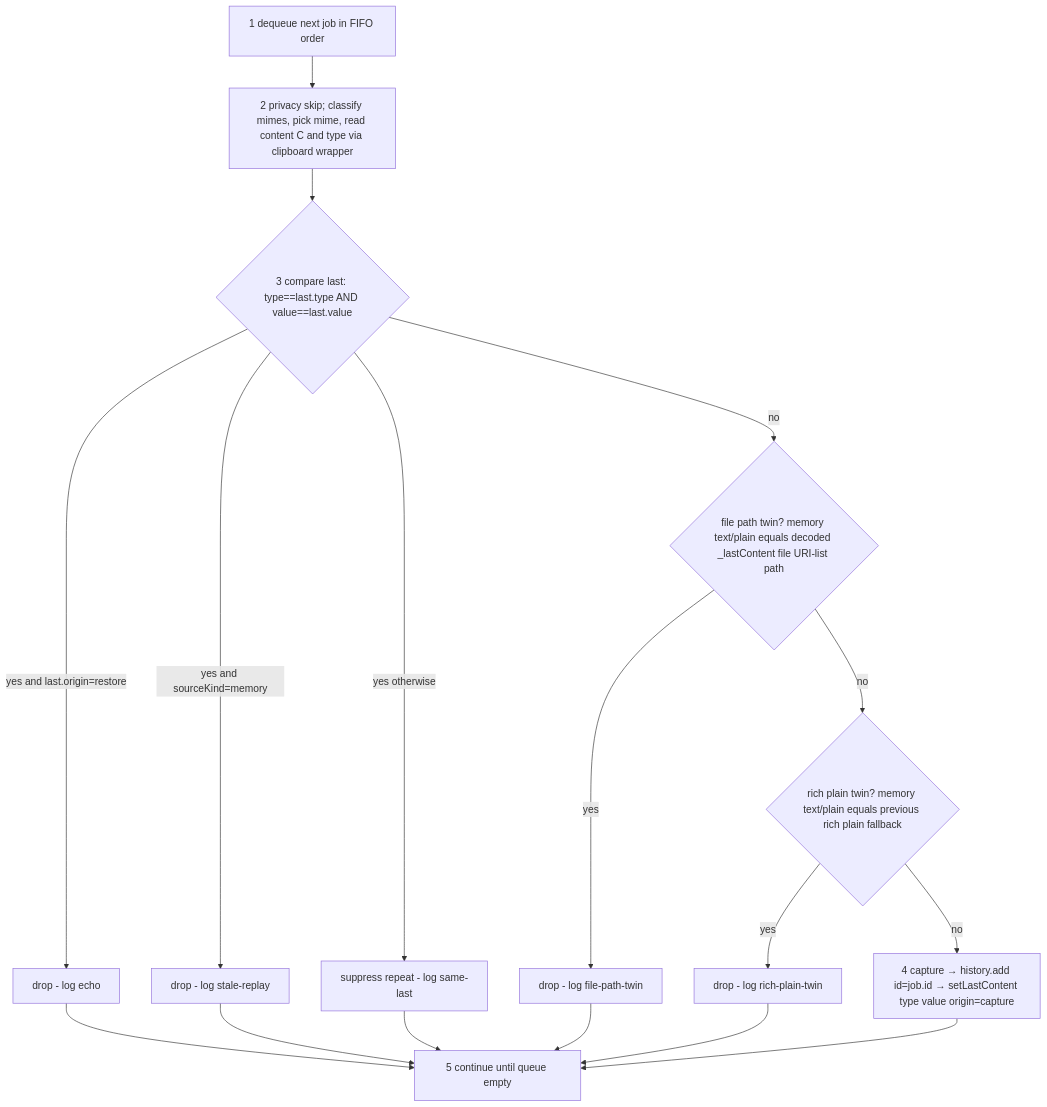
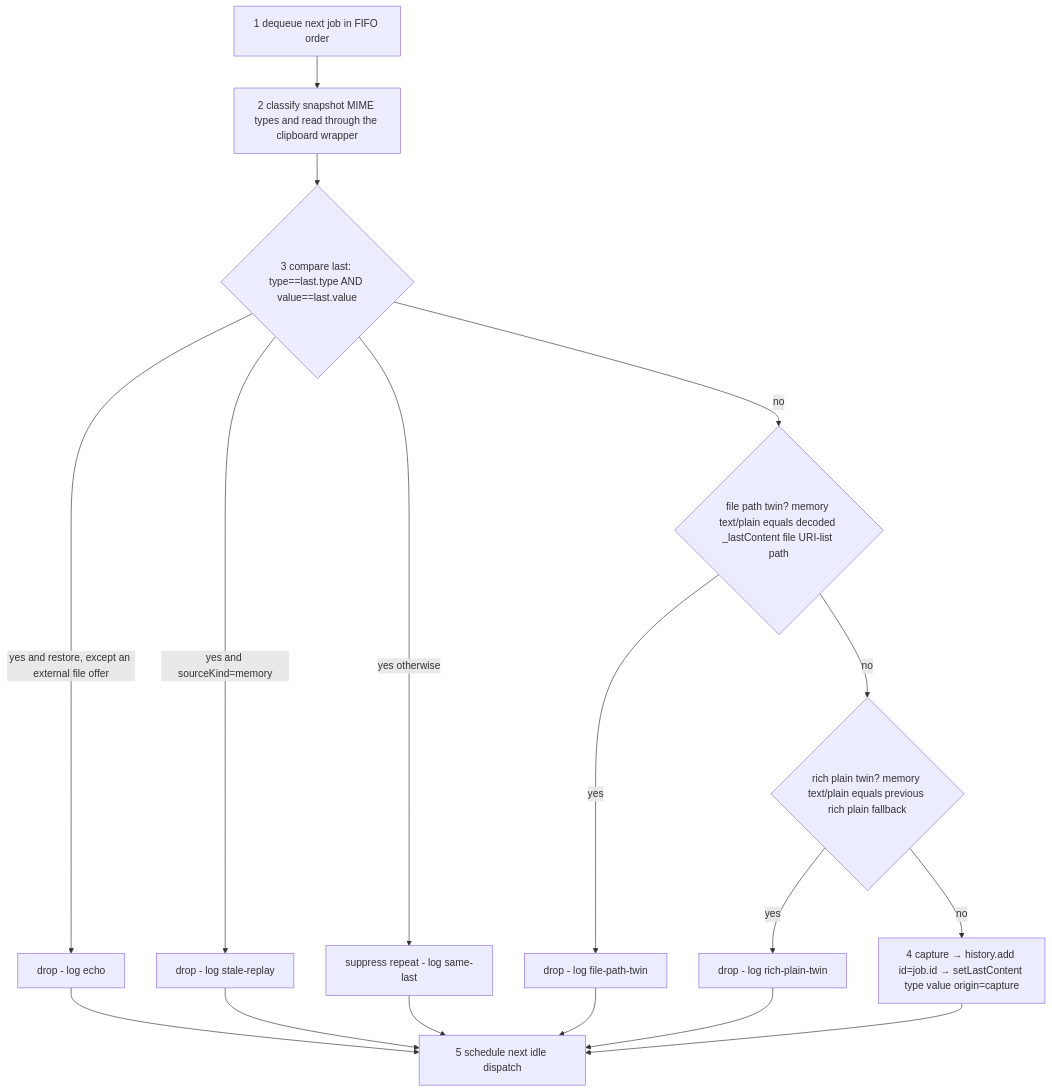
One commit to lumerix7/copy-gnome changed the third of 3 diagrams in docs/03-clipboard/capture-pipeline.md. Above: the diagram before and after it, drawn with Mermaid. The commit also changed other lines of this file and 55 other files, not shown here.

````diff
--- a/docs/03-clipboard/capture-pipeline.md
+++ b/docs/03-clipboard/capture-pipeline.md
@@ -149,19 +148,19 @@
 ```mermaid
 flowchart TD
-    A["1 dequeue next job in FIFO order"] --> B["2 privacy skip; classify mimes, pick mime, read content C and type via clipboard wrapper"]
+    A["1 dequeue next job in FIFO order"] --> B["2 classify snapshot MIME types and read through the clipboard wrapper"]
     B --> C{"3 compare last: type==last.type AND value==last.value"}
-    C -- "yes and last.origin=restore" --> X1["drop - log echo"]
+    C -- "yes and restore, except an external file offer" --> X1["drop - log echo"]
     C -- "yes and sourceKind=memory" --> X2["drop - log stale-replay"]
     C -- "yes otherwise" --> X3["suppress repeat - log same-last"]
     C -- "no" --> D{"file path twin? memory text/plain equals decoded _lastContent file URI-list path"}
     D -- "yes" --> X4["drop - log file-path-twin"]
     D -- "no" --> E{"rich plain twin? memory text/plain equals previous rich plain fallback"}
     E -- "yes" --> X5["drop - log rich-plain-twin"]
     E -- "no" --> G["4 capture → history.add id=job.id → setLastContent type value origin=capture"]
-    X1 --> H["5 continue until queue empty"]
+    X1 --> H["5 schedule next idle dispatch"]
     X2 --> H
     X3 --> H
     X4 --> H
     X5 --> H
     G --> H
 ```
````
